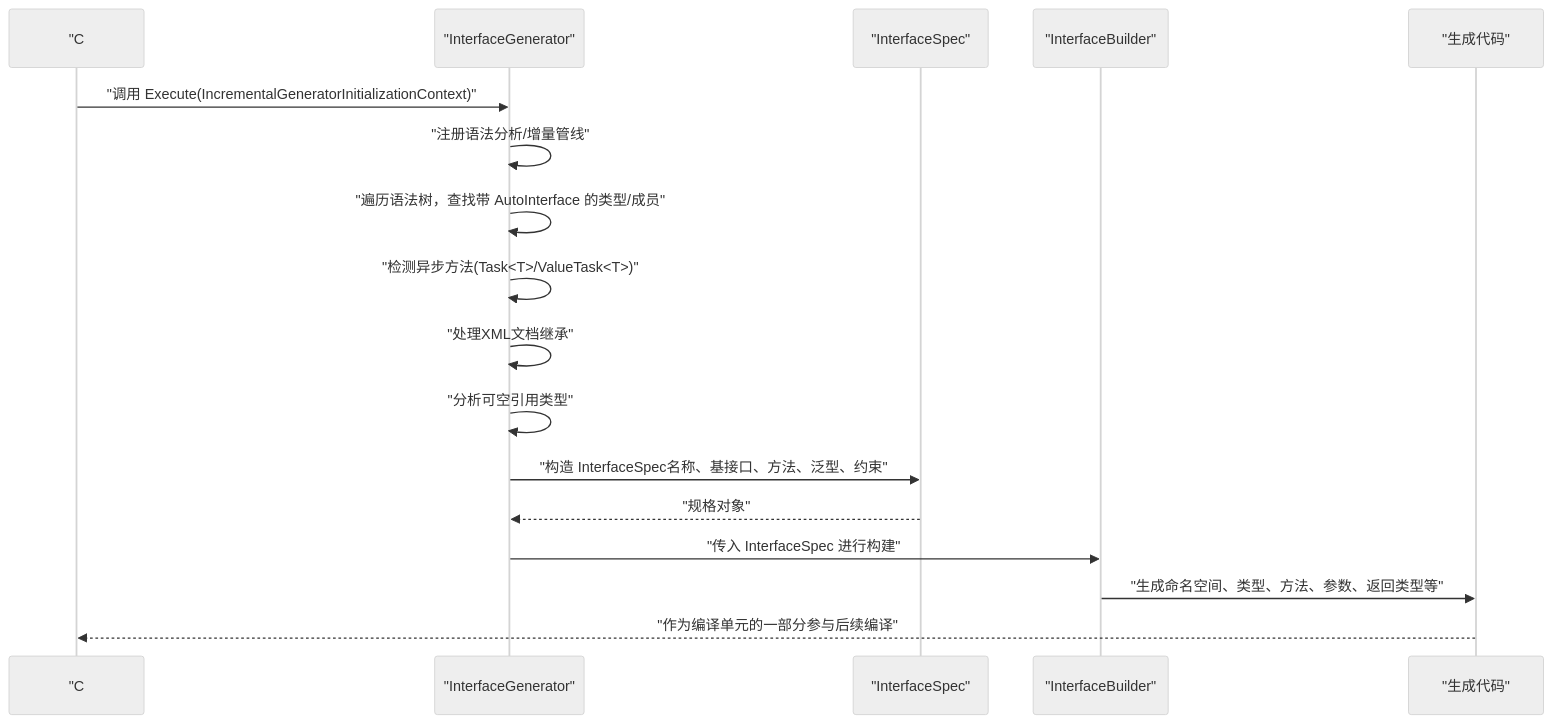
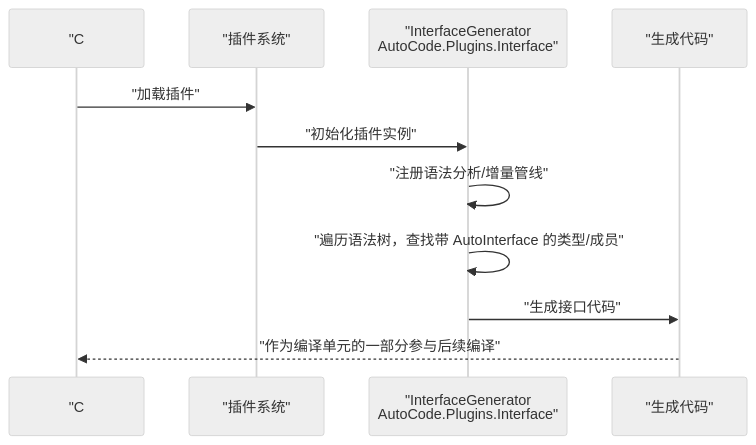
One commit to alivy/AutoCode changed the second of 3 diagrams in .qoder/repowiki/zh/content/源代码生成器/接口生成器.md. Above: the diagram before and after it, drawn with Mermaid (neutral theme). The commit also changed other lines of this file and 279 other files, not shown here.

````diff
--- a/.qoder/repowiki/zh/content/源代码生成器/接口生成器.md
+++ b/.qoder/repowiki/zh/content/源代码生成器/接口生成器.md
@@ -131,19 +114,13 @@
 ```mermaid
 sequenceDiagram
 participant Compiler as "C# 编译器"
-participant Generator as "InterfaceGenerator"
-participant Spec as "InterfaceSpec"
-participant Builder as "InterfaceBuilder"
+participant PluginSystem as "插件系统"
+participant Generator as "InterfaceGenerator<br/>AutoCode.Plugins.Interface"
 participant Output as "生成代码"
-Compiler->>Generator : "调用 Execute(IncrementalGeneratorInitializationContext)"
+Compiler->>PluginSystem : "加载插件"
+PluginSystem->>Generator : "初始化插件实例"
 Generator->>Generator : "注册语法分析/增量管线"
 Generator->>Generator : "遍历语法树，查找带 AutoInterface 的类型/成员"
-Generator->>Generator : "检测异步方法(Task<T>/ValueTask<T>)"
-Generator->>Generator : "处理XML文档继承"
-Generator->>Generator : "分析可空引用类型"
-Generator->>Spec : "构造 InterfaceSpec名称、基接口、方法、泛型、约束"
-Spec-->>Generator : "规格对象"
-Generator->>Builder : "传入 InterfaceSpec 进行构建"
-Builder->>Output : "生成命名空间、类型、方法、参数、返回类型等"
+Generator->>Output : "生成接口代码"
 Output-->>Compiler : "作为编译单元的一部分参与后续编译"
 ```
````
